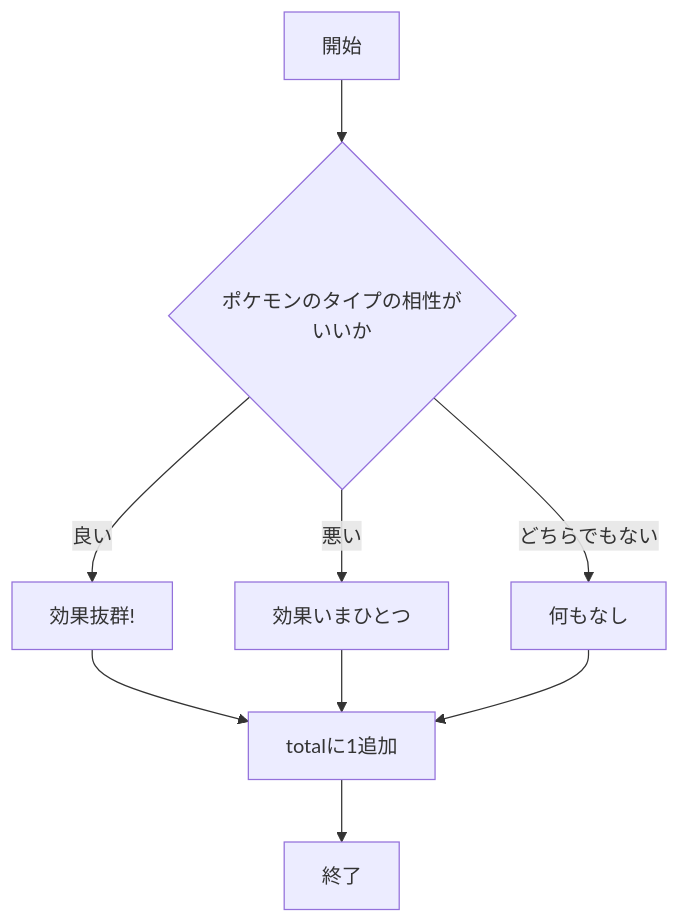
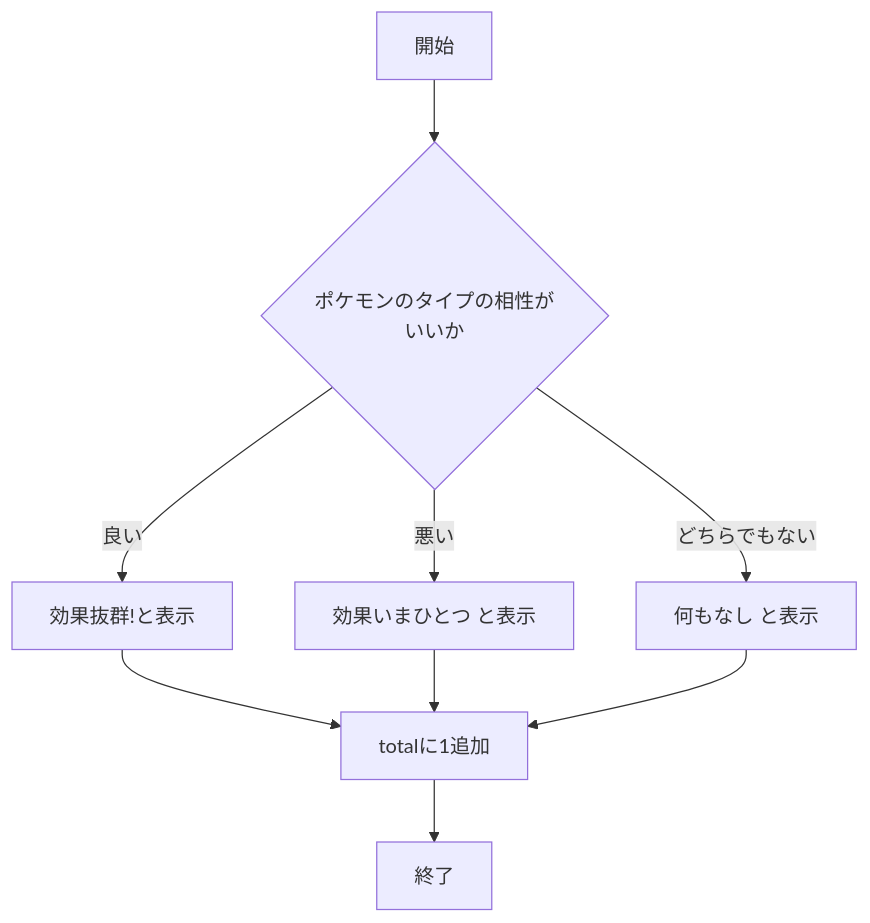
The second of 2 diagrams in README.md (YukiYamaguchi-328/webpro_06), drawn with Mermaid before and after one commit. The commit also changed other lines of this file, not shown here.

Commit message:
フローチャートの作成

````diff
--- a/README.md
+++ b/README.md
@@ -60,20 +60,20 @@
 ```mermaid
 flowchart TD;
 
 start["開始"];
 end1["終了"]
 if{"ポケモンのタイプの相性がいいか"}
-batugun["効果抜群!"]
-imahitotu["効果いまひとつ"]
-no["何もなし"]
+batugun["効果抜群!と表示"]
+imahitotu["効果いまひとつ と表示"]
+no["何もなし と表示"]
 total["totalに1追加"]
 
 start --> if
 if -->|良い| batugun
 batugun --> total
 if -->|悪い| imahitotu
 imahitotu --> total
 if --> |どちらでもない|no
 no --> total
 total --> end1
 ```
````
